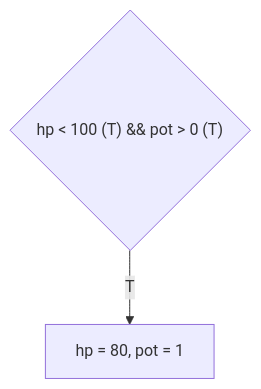
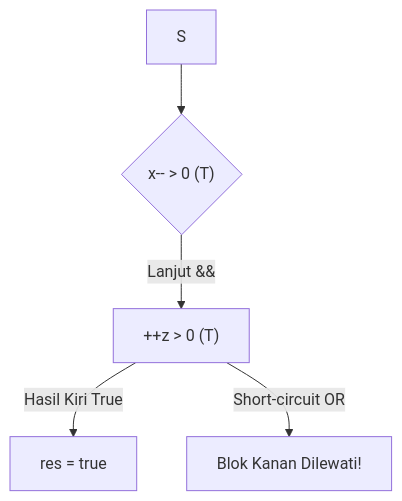
One commit to amnahwaida/OSNK_INF_PREP changed the diagram in part-c-pemahaman-cpp/02-percabangan/latihan/set-04.md. Above: the diagram before and after it, drawn with Mermaid. The commit also changed other lines of this file, not shown here.

````diff
--- a/part-c-pemahaman-cpp/02-percabangan/latihan/set-04.md
+++ b/part-c-pemahaman-cpp/02-percabangan/latihan/set-04.md
@@ -182,4 +29,7 @@
-```mermaid
-graph TD
-A{"hp < 100 (T) && pot > 0 (T)"} -- T --> B["hp = 80, pot = 1"]
-```
+ ```mermaid
+ graph TD
+ S --> C1{"x-- > 0 (T)"}
+ C1 -- Lanjut && --> C2["++z > 0 (T)"]
+ C2 -- Hasil Kiri True --> End["res = true"]
+ C2 -- Short-circuit OR --> C3["Blok Kanan Dilewati!"]
+ ```
````
